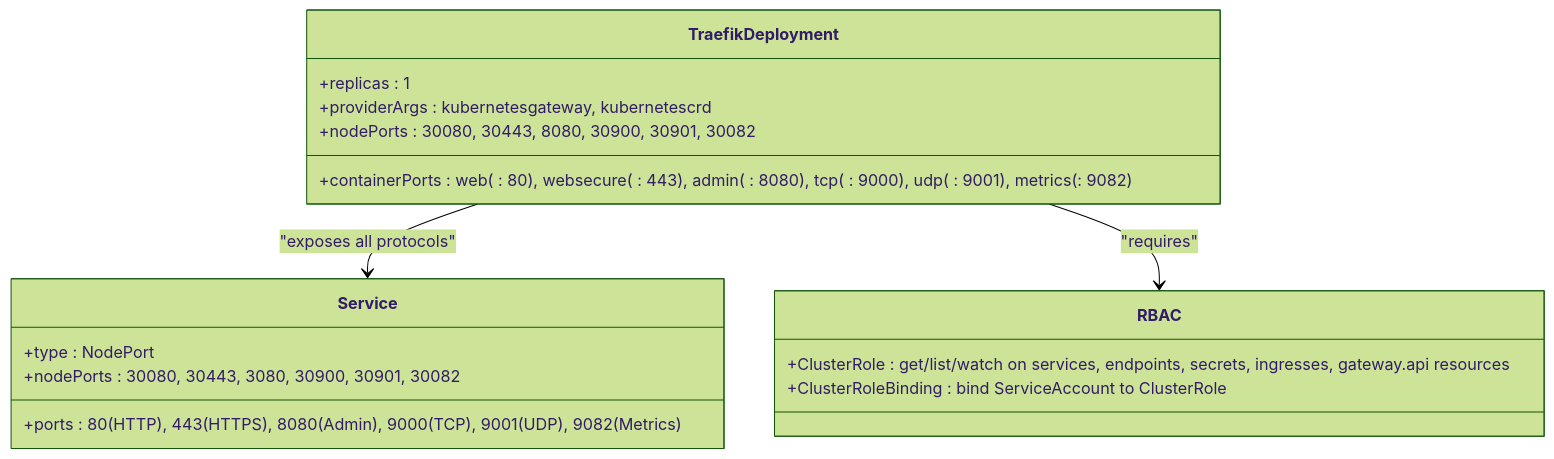
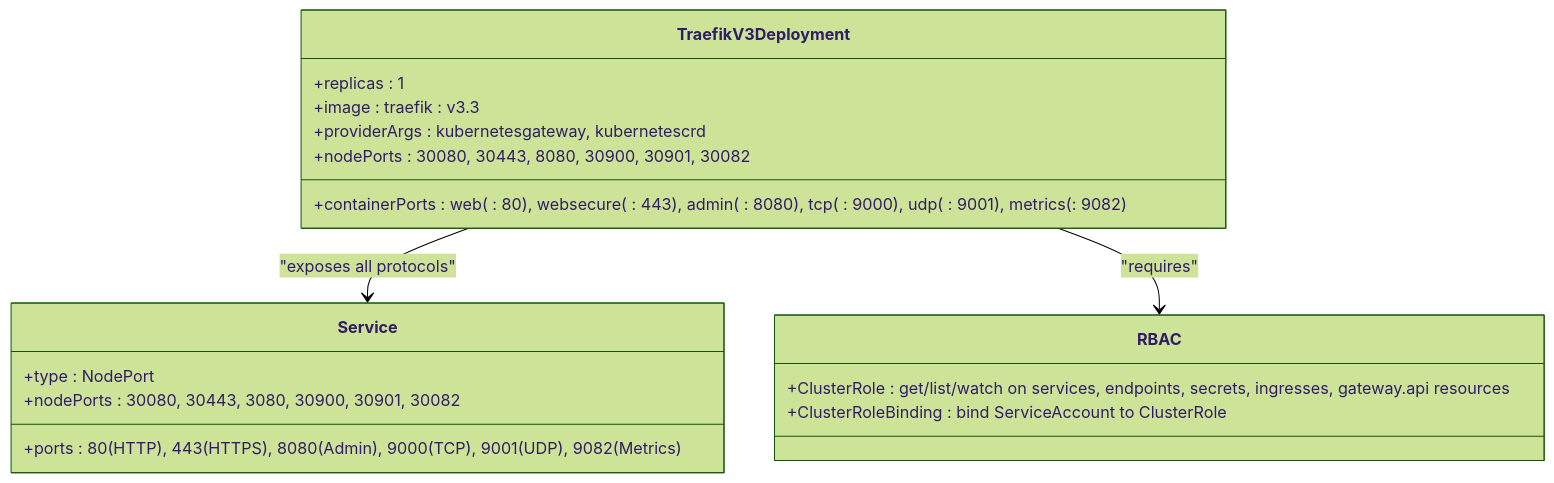
One commit to Hoangvu75/k8s_manifest changed the sixth of 8 diagrams in .qoder/repowiki/en/content/Infrastructure Applications/Gateway API Controller.md. Above: the diagram before and after it, drawn with Mermaid (forest theme). The commit also changed other lines of this file and 4 other files, not shown here.

First line of the commit message:
fix: resolve Traefik 404 errors - missing CRDs, RBAC, pod restart

````diff
--- a/.qoder/repowiki/en/content/Infrastructure Applications/Gateway API Controller.md
+++ b/.qoder/repowiki/en/content/Infrastructure Applications/Gateway API Controller.md
@@ -287,20 +286,21 @@
 ```mermaid
 classDiagram
-class TraefikDeployment {
+class TraefikV3Deployment {
 +replicas : 1
++image : traefik : v3.3
 +providerArgs : kubernetesgateway, kubernetescrd
 +containerPorts : web( : 80), websecure( : 443), admin( : 8080), tcp( : 9000), udp( : 9001), metrics( : 9082)
 +nodePorts : 30080, 30443, 8080, 30900, 30901, 30082
 }
 class Service {
 +type : NodePort
 +ports : 80(HTTP), 443(HTTPS), 8080(Admin), 9000(TCP), 9001(UDP), 9082(Metrics)
 +nodePorts : 30080, 30443, 3080, 30900, 30901, 30082
 }
 class RBAC {
 +ClusterRole : get/list/watch on services, endpoints, secrets, ingresses, gateway.api resources
 +ClusterRoleBinding : bind ServiceAccount to ClusterRole
 }
-TraefikDeployment --> Service : "exposes all protocols"
-TraefikDeployment --> RBAC : "requires"
+TraefikV3Deployment --> Service : "exposes all protocols"
+TraefikV3Deployment --> RBAC : "requires"
 ```
````
